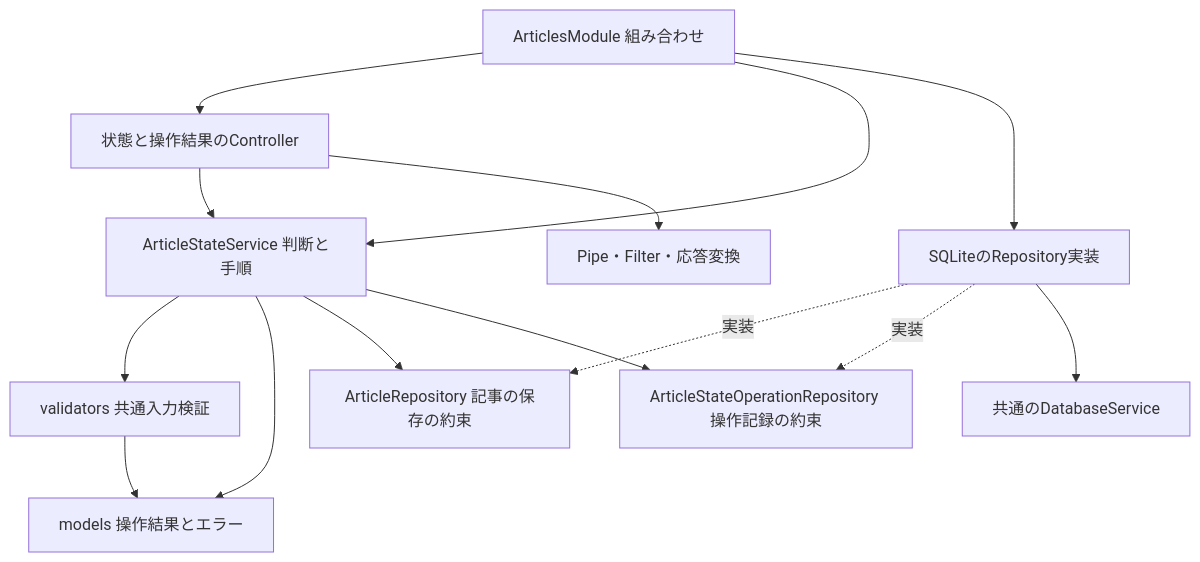
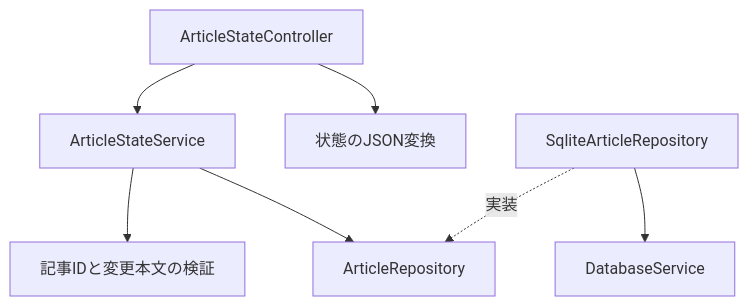
The first of 2 diagrams in docs/article-state-api.md (BeppuKanato/it-discovery), drawn with Mermaid before and after one commit. The commit also changed other lines of this file and 5 other files, not shown here.

````diff
--- a/docs/article-state-api.md
+++ b/docs/article-state-api.md
@@ -71,16 +53,9 @@
 ```mermaid
-flowchart TD
-  Module[ArticlesModule 組み合わせ] --> Controller[状態と操作結果のController]
-  Module --> Service[ArticleStateService 判断と手順]
-  Module --> Concrete[SQLiteのRepository実装]
-  Controller --> Service
-  Controller --> HTTP[Pipe・Filter・応答変換]
-  Service --> Validator[validators 共通入力検証]
-  Service --> Model[models 操作結果とエラー]
-  Validator --> Model
-  Service --> Articles[ArticleRepository 記事の保存の約束]
-  Service --> Operations[ArticleStateOperationRepository 操作記録の約束]
-  Concrete -. 実装 .-> Articles
-  Concrete -. 実装 .-> Operations
-  Concrete --> DB[共通のDatabaseService]
+flowchart TB
+  Controller[ArticleStateController] --> Service[ArticleStateService]
+  Controller --> Formatter[状態のJSON変換]
+  Service --> Validator[記事IDと変更本文の検証]
+  Service --> Repository[ArticleRepository]
+  SQLite[SqliteArticleRepository] -. 実装 .-> Repository
+  SQLite --> DB[DatabaseService]
 ```
````
